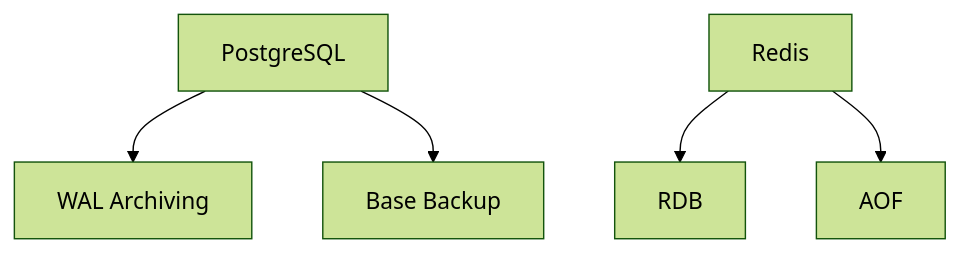
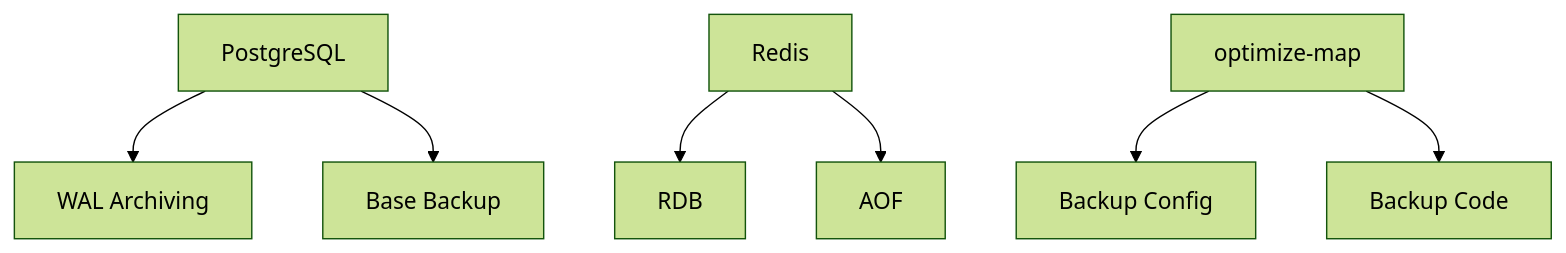
Diagram 11 of 11 in docs/ARCHITECTURE.md (EgorZhidkov/navigator), drawn with Mermaid (forest theme) before and after one commit. The commit also changed other lines of this file and 1 other file, not shown here.

Commit message:
add optimize map and redis get data

````diff
--- a/docs/ARCHITECTURE.md
+++ b/docs/ARCHITECTURE.md
@@ -166,7 +232,9 @@
 ```mermaid
 graph TD
     A[PostgreSQL] --> B[WAL Archiving]
     A --> C[Base Backup]
     D[Redis] --> E[RDB]
     D --> F[AOF]
+    G[optimize-map] --> H[Backup Config]
+    G --> I[Backup Code]
 ```
````
